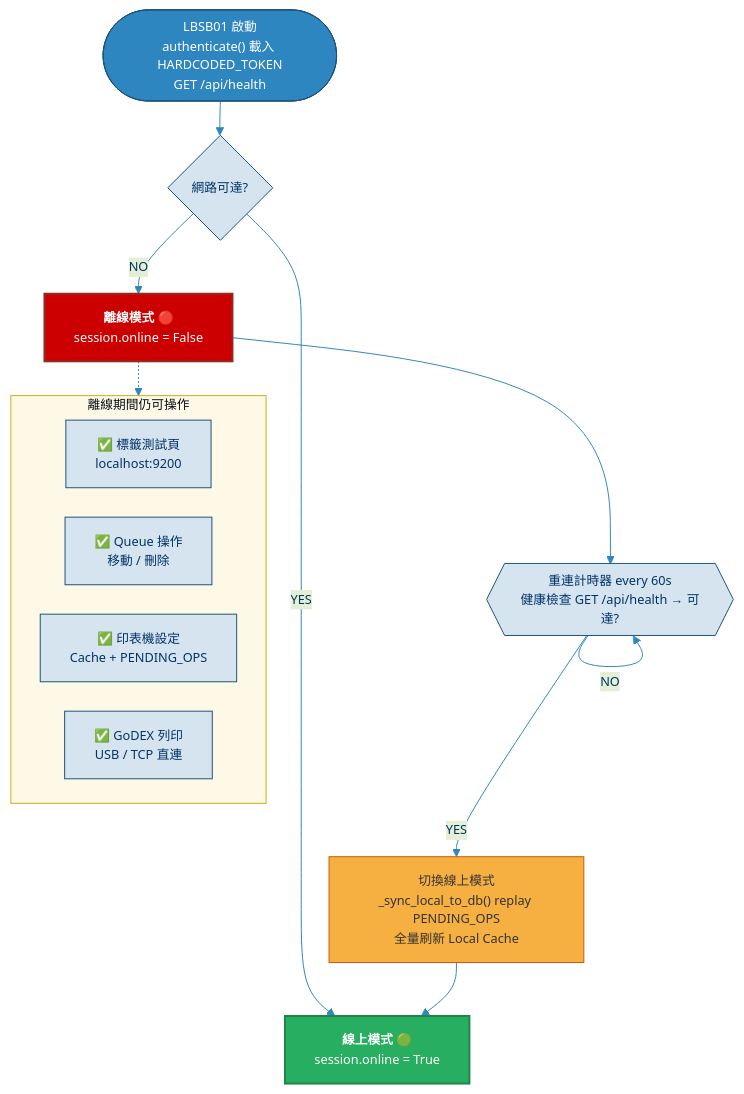
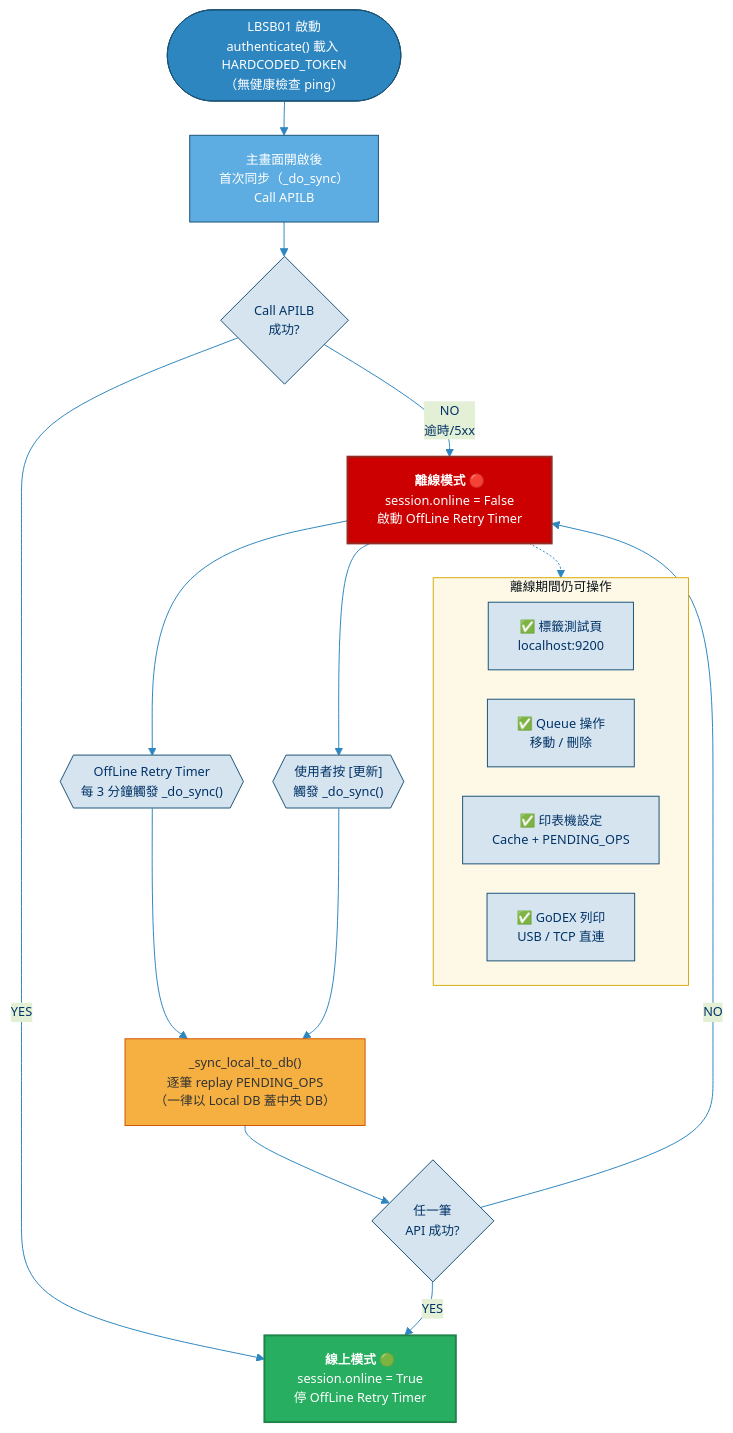
Before and after one commit to sti-fhb/LB_TBMS: the diagram in docs/specs/lb/images/offline-reconnect.mmd, drawn with Mermaid. The commit also changed 18 other files, not shown here.

```diff
--- a/docs/specs/lb/images/offline-reconnect.mmd
+++ b/docs/specs/lb/images/offline-reconnect.mmd
@@ -1,27 +1,36 @@
 %%{init: {'theme': 'base', 'themeVariables': {'primaryColor': '#D6E4F0', 'primaryTextColor': '#003366', 'primaryBorderColor': '#1A5276', 'lineColor': '#2E86C1', 'fontSize': '13px'}, 'flowchart': {'nodeSpacing': 30, 'rankSpacing': 35}}}%%
 flowchart TB
-    START(["LBSB01 啟動<br/>authenticate() 載入 HARDCODED_TOKEN<br/>GET /api/health"]) --> CHECK{網路可達?}
+    START(["LBSB01 啟動<br/>authenticate() 載入 HARDCODED_TOKEN<br/>（無健康檢查 ping）"]) --> FIRSTSYNC["主畫面開啟後<br/>首次同步（_do_sync）<br/>Call APILB"]
 
-    CHECK -->|YES| ONLINE["<b>線上模式</b> 🟢<br/>session.online = True"]
-    CHECK -->|NO| OFFLINE["<b>離線模式</b> 🔴<br/>session.online = False"]
+    FIRSTSYNC --> CHECK{"Call APILB<br/>成功?"}
 
-    OFFLINE --> TIMER{{"重連計時器 every 60s<br/>健康檢查 GET /api/health → 可達?"}}
-    TIMER -->|NO| TIMER
-    TIMER -->|YES| SYNC["切換線上模式<br/>_sync_local_to_db() replay PENDING_OPS<br/>全量刷新 Local Cache"]
-    SYNC --> ONLINE
+    CHECK -->|YES| ONLINE["<b>線上模式</b> 🟢<br/>session.online = True<br/>停 OffLine Retry Timer"]
+    CHECK -->|NO<br/>逾時/5xx| OFFLINE["<b>離線模式</b> 🔴<br/>session.online = False<br/>啟動 OffLine Retry Timer"]
+
+    OFFLINE --> TIMER{{"OffLine Retry Timer<br/>每 3 分鐘觸發 _do_sync()"}}
+    OFFLINE --> MANUAL{{"使用者按 [更新]<br/>觸發 _do_sync()"}}
+
+    TIMER --> SYNC
+    MANUAL --> SYNC
+
+    SYNC["_sync_local_to_db()<br/>逐筆 replay PENDING_OPS<br/>（一律以 Local DB 蓋中央 DB）"]
+    SYNC --> RESULT{"任一筆<br/>API 成功?"}
+    RESULT -->|YES| ONLINE
+    RESULT -->|NO| OFFLINE
 
     OFFLINE -.-> OPS
 
     subgraph OPS["離線期間仍可操作"]
         direction LR
         OP1["✅ 標籤測試頁<br/>localhost:9200"]
         OP2["✅ Queue 操作<br/>移動 / 刪除"]
         OP3["✅ 印表機設定<br/>Cache + PENDING_OPS"]
         OP4["✅ GoDEX 列印<br/>USB / TCP 直連"]
     end
 
     style START fill:#2E86C1,stroke:#1A5276,color:#FFF
+    style FIRSTSYNC fill:#5DADE2,stroke:#1A5276,color:#FFF
     style ONLINE fill:#27AE60,stroke:#1E8449,color:#FFF,stroke-width:2px
     style OFFLINE fill:#CC0000,stroke:#922B21,color:#FFF,stroke-width:2px
     style SYNC fill:#F5B041,stroke:#D35400,color:#333
     style OPS fill:#FEF9E7,stroke:#D4AC0D,stroke-width:1px
```
